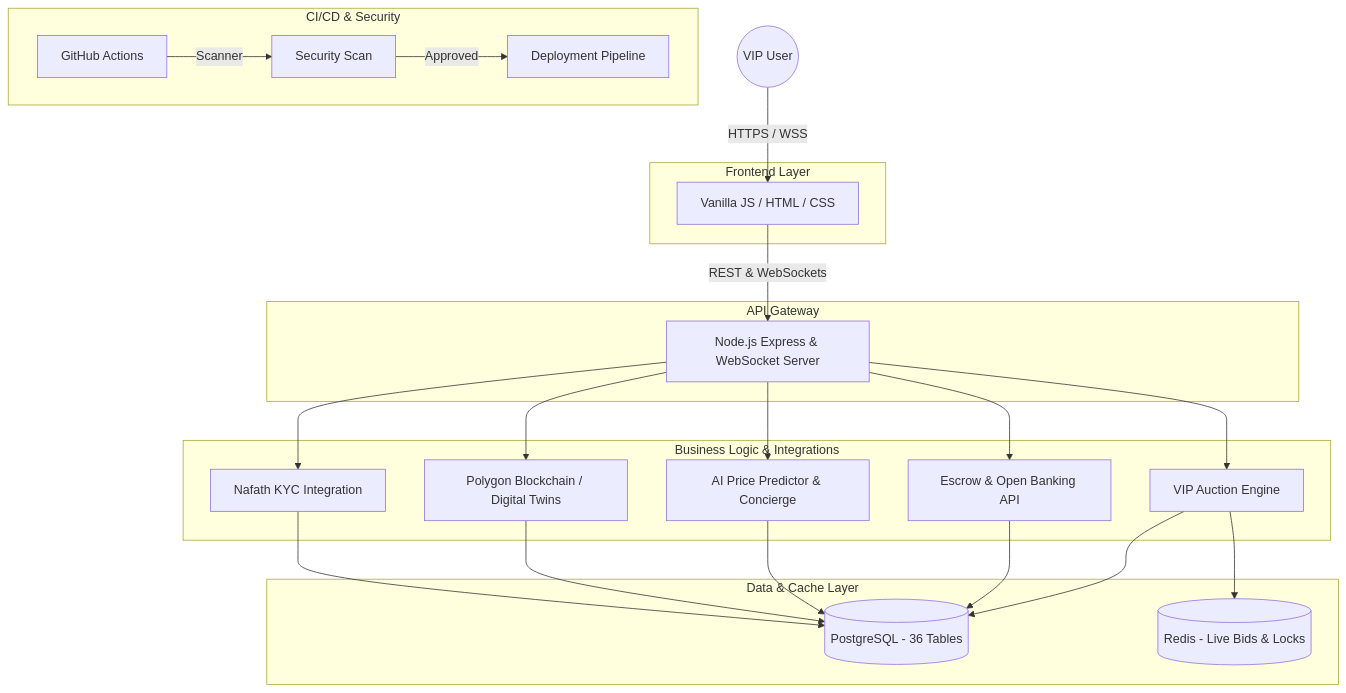
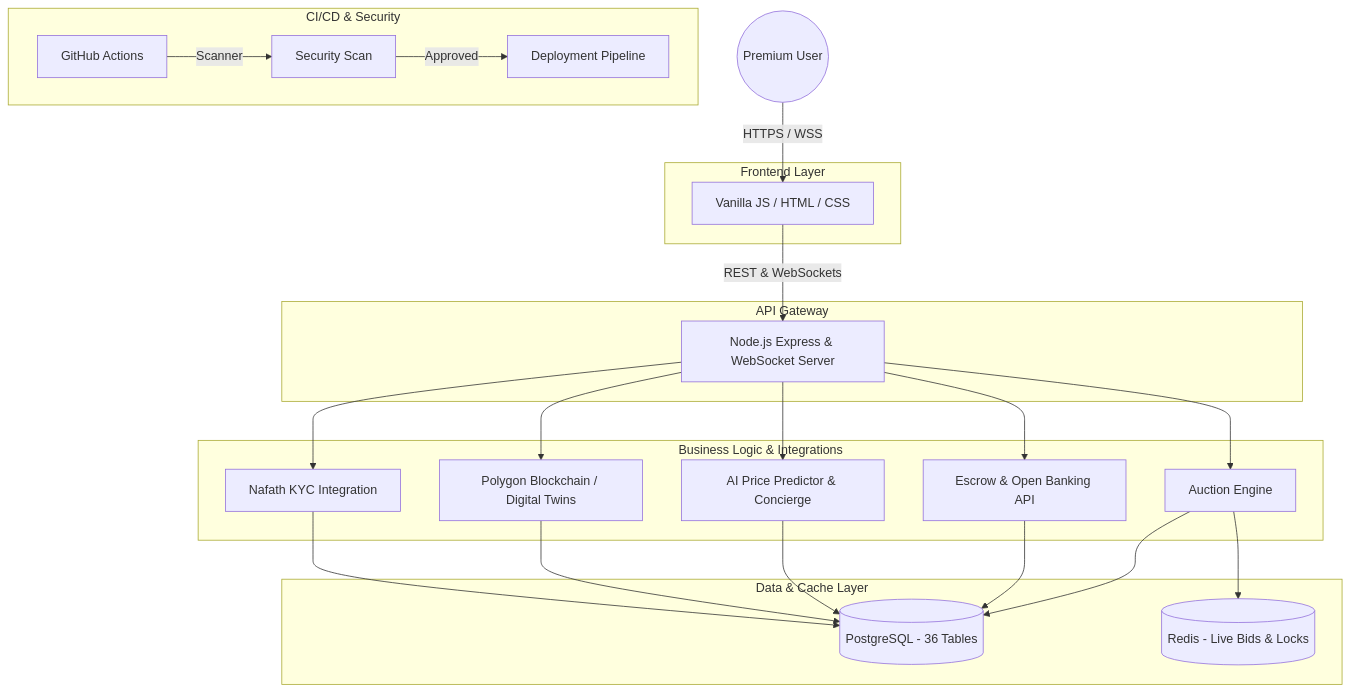
The first of 13 diagrams in Stage_3/Report.MD (ghadi0alzhrani0/Mezyad), drawn with Mermaid before and after one commit. The commit also changed other lines of this file, not shown here.

````diff
--- a/Stage_3/Report.MD
+++ b/Stage_3/Report.MD
@@ -31,52 +31,52 @@
 ```mermaid
 flowchart TD
     %% CI/CD & Security Subgraph
     subgraph CICD [CI/CD & Security]
         direction LR
         GH[GitHub Actions] -- Scanner --> Trivy[Security Scan]
         Trivy -- Approved --> PR[Deployment Pipeline]
     end
 
     %% User Interaction
-    User((VIP User))
+    User((Premium User))
 
     %% Frontend Layer
     subgraph FrontendLayer [Frontend Layer]
         UI[Vanilla JS / HTML / CSS]
     end
     User -- HTTPS / WSS --> UI
 
     %% Routing & API Gateway
     subgraph APILayer [API Gateway]
         Router[Node.js Express & WebSocket Server]
     end
     UI -- REST & WebSockets --> Router
 
     %% Core Logic & External Services
     subgraph LogicLayer [Business Logic & Integrations]
-        Engine[VIP Auction Engine]
+        Engine[Auction Engine]
         FinTech[Escrow & Open Banking API]
         AI[AI Price Predictor & Concierge]
         Web3[Polygon Blockchain / Digital Twins]
         Nafath[Nafath KYC Integration]
 
         Router --> Engine
         Router --> FinTech
         Router --> AI
         Router --> Web3
         Router --> Nafath
     end
 
     %% Data Storage Layer
     subgraph DataLayer [Data & Cache Layer]
         DB[(PostgreSQL - 36 Tables)]
         Redis[(Redis - Live Bids & Locks)]
     end
 
     Engine --> DB
     Engine --> Redis
     FinTech --> DB
     AI --> DB
     Web3 --> DB
     Nafath --> DB
 ```
````
